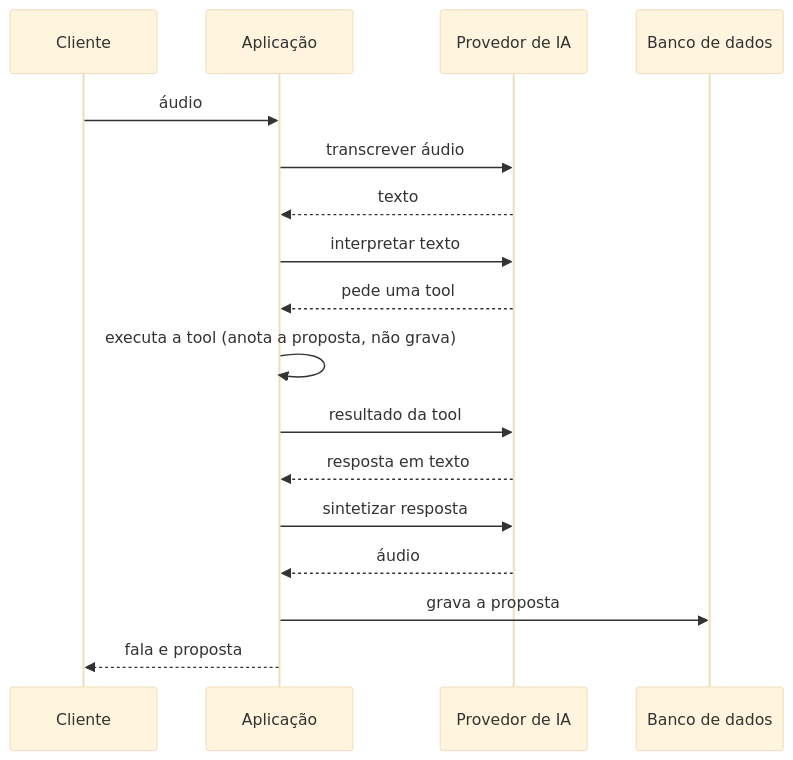
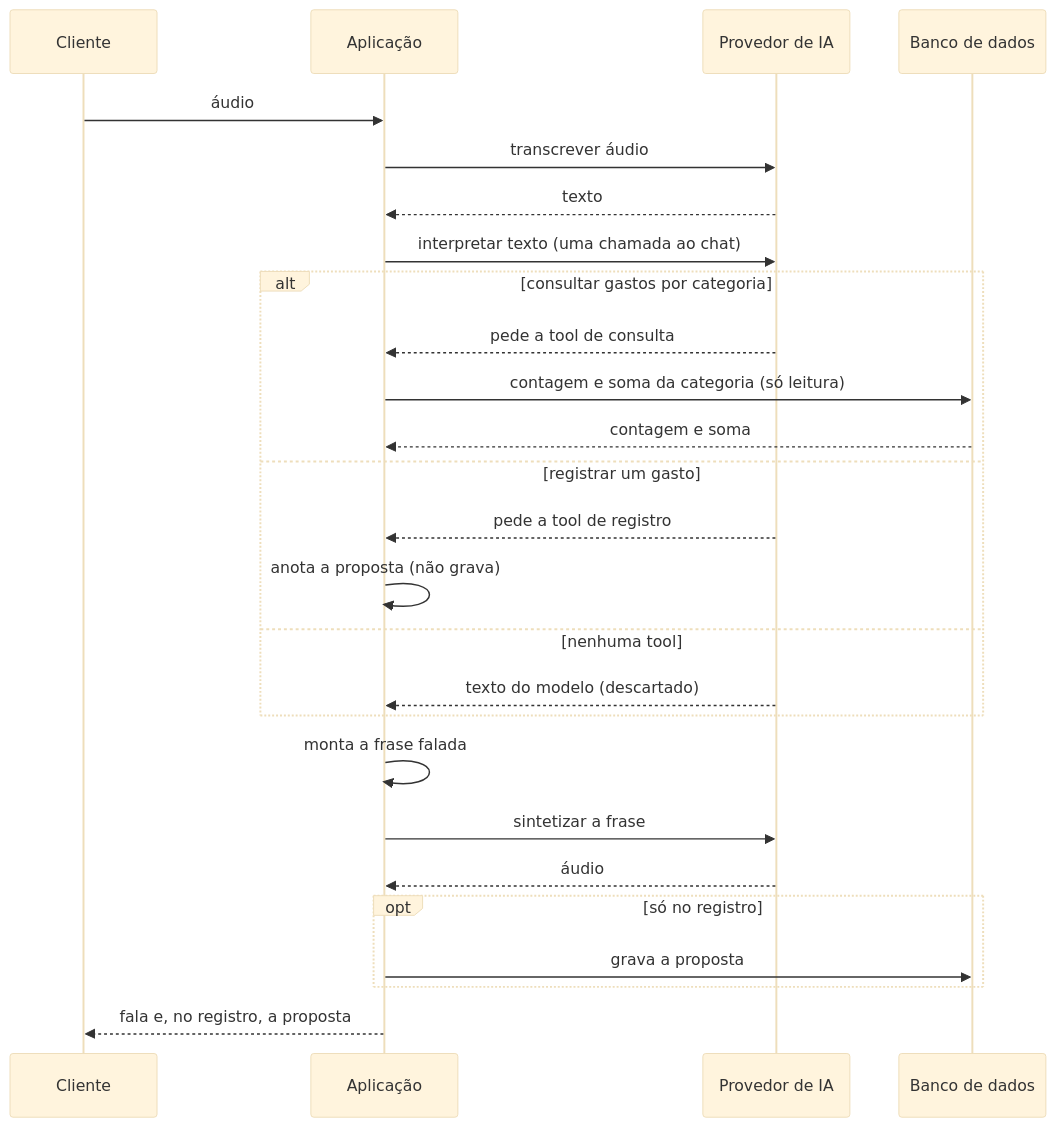
Before and after one commit to rafaeljc/voice-budgeting-api: the second of 3 diagrams in docs/arquitetura.md, drawn with Mermaid (base theme). The commit also changed other lines of this file and 46 other files, not shown here.

````diff
--- a/docs/arquitetura.md
+++ b/docs/arquitetura.md
@@ -42,19 +50,28 @@
 ```mermaid
 sequenceDiagram
     participant Cliente
     participant App as Aplicação
     participant IA as Provedor de IA
     participant DB as Banco de dados
     Cliente->>App: áudio
     App->>IA: transcrever áudio
     IA-->>App: texto
-    App->>IA: interpretar texto
-    IA-->>App: pede uma tool
-    App->>App: executa a tool (anota a proposta, não grava)
-    App->>IA: resultado da tool
-    IA-->>App: resposta em texto
-    App->>IA: sintetizar resposta
+    App->>IA: interpretar texto (uma chamada ao chat)
+    alt consultar gastos por categoria
+        IA-->>App: pede a tool de consulta
+        App->>DB: contagem e soma da categoria (só leitura)
+        DB-->>App: contagem e soma
+    else registrar um gasto
+        IA-->>App: pede a tool de registro
+        App->>App: anota a proposta (não grava)
+    else nenhuma tool
+        IA-->>App: texto do modelo (descartado)
+    end
+    App->>App: monta a frase falada
+    App->>IA: sintetizar a frase
     IA-->>App: áudio
-    App->>DB: grava a proposta
-    App-->>Cliente: fala e proposta
+    opt só no registro
+        App->>DB: grava a proposta
+    end
+    App-->>Cliente: fala e, no registro, a proposta
 ```
````
